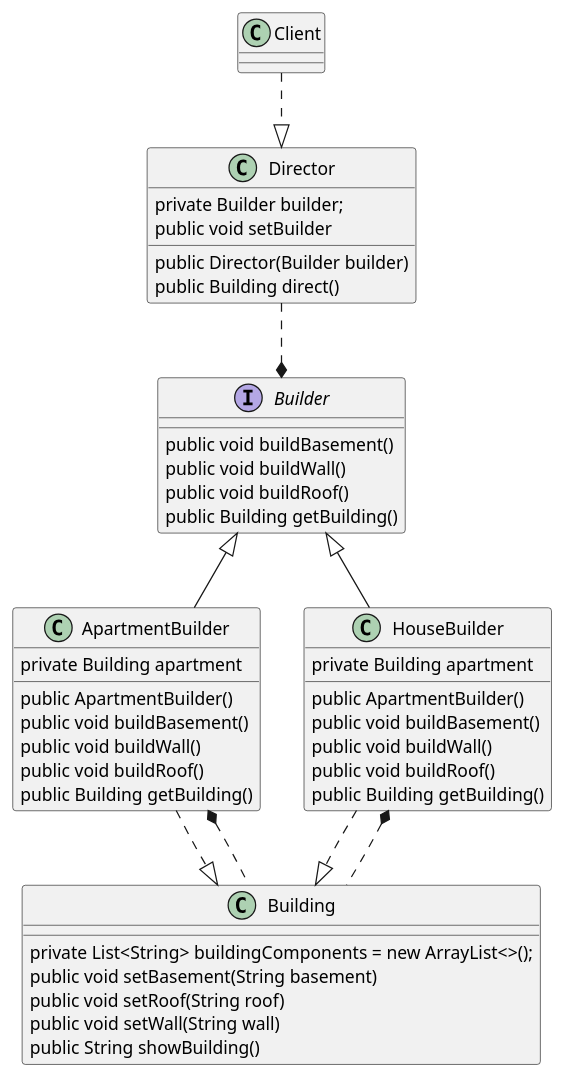
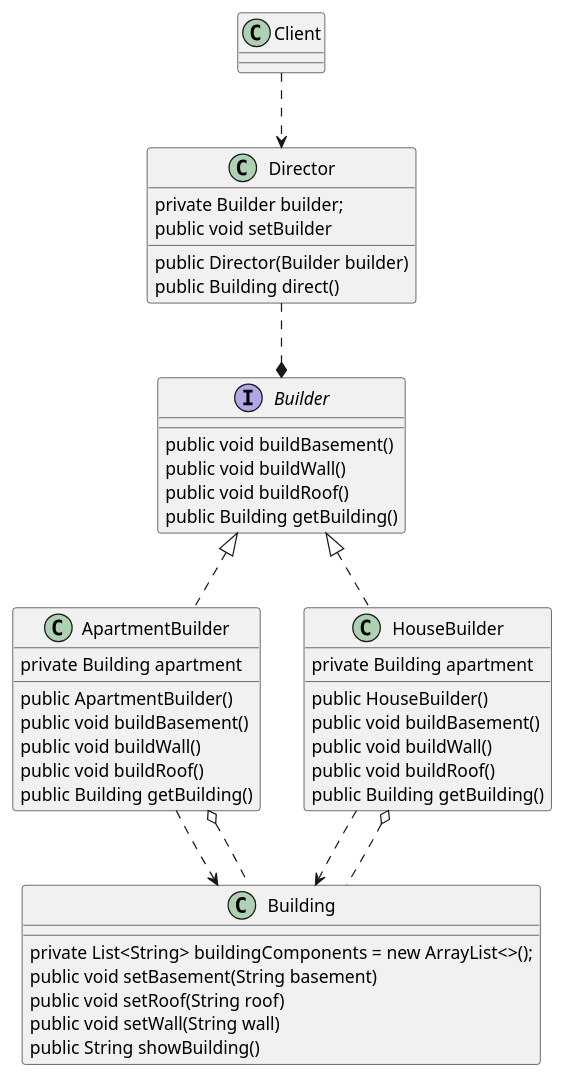
Before and after one commit to WRJcode/md-design-pattern: the diagram in builder/src/main/java/org/arvinw/example6/example6.puml, drawn with PlantUML. The commit also changed 111 other files, not shown here.

Commit message:
update UML file and uml picture

```diff
--- a/builder/src/main/java/org/arvinw/example6/example6.puml
+++ b/builder/src/main/java/org/arvinw/example6/example6.puml
@@ -1,59 +1,61 @@
 @startuml
 'https://plantuml.com/class-diagram
 
-class Client
+
 
 interface Builder {
     public void buildBasement()
     public void buildWall()
     public void buildRoof()
     public Building getBuilding()
 }
 
 class ApartmentBuilder{
     private Building apartment
     public ApartmentBuilder()
     public void buildBasement()
     public void buildWall()
     public void buildRoof()
     public Building getBuilding()
 }
 
+class Client
+
 class HouseBuilder{
     private Building apartment
-    public ApartmentBuilder()
+    public HouseBuilder()
     public void buildBasement()
     public void buildWall()
     public void buildRoof()
     public Building getBuilding()
 }
 
 class Director {
     private Builder builder;
     public Director(Builder builder)
     public void setBuilder
     public Building direct()
 }
 
 class Building {
     private List<String> buildingComponents = new ArrayList<>();
     public void setBasement(String basement)
     public void setRoof(String roof)
     public void setWall(String wall)
     public String showBuilding()
 }
+Client  ..> Director
 
-Builder <|-- ApartmentBuilder
-Builder <|-- HouseBuilder
+Builder <|.. ApartmentBuilder
+Builder <|.. HouseBuilder
 
 Director ..* Builder
 
-ApartmentBuilder ..|> Building
-ApartmentBuilder *.. Building
+ApartmentBuilder ..> Building
+ApartmentBuilder o.. Building
 
-HouseBuilder ..|> Building
-HouseBuilder *.. Building
+HouseBuilder ..> Building
+HouseBuilder o.. Building
 
-Client  ..|> Director
 
 @enduml
```
